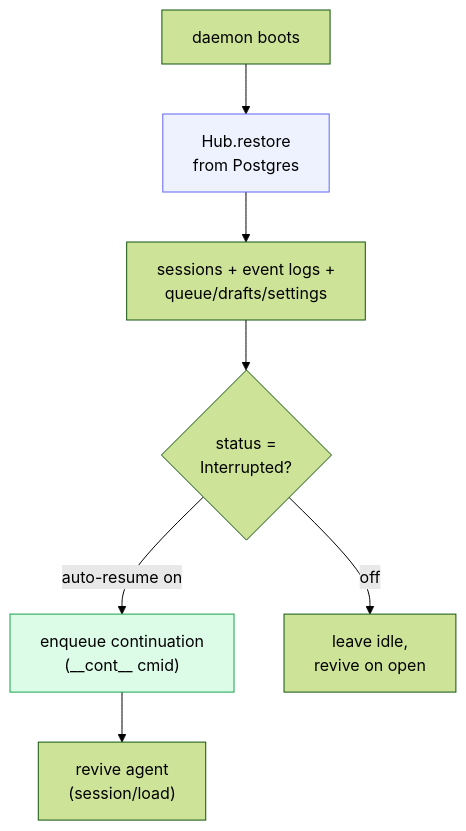
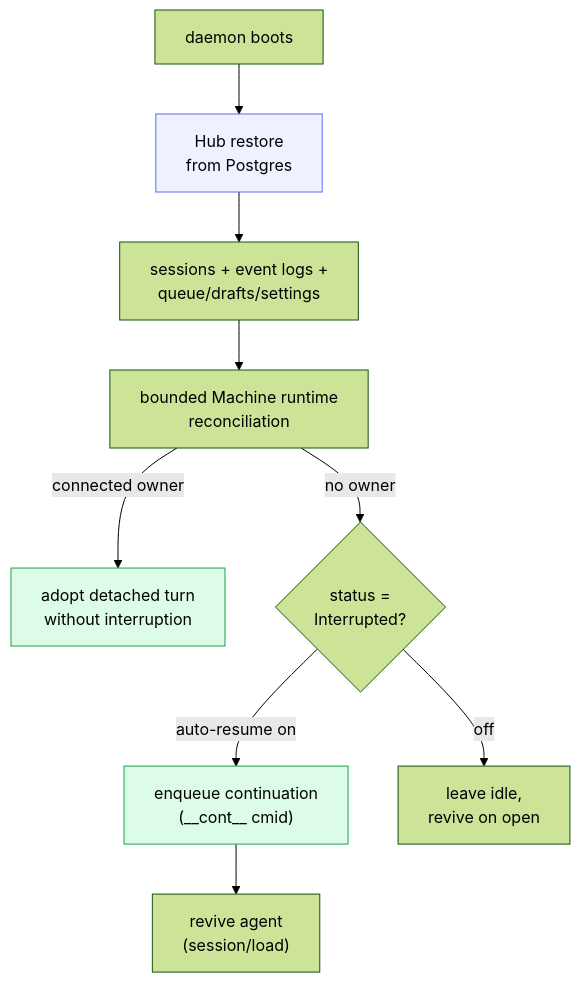
Before and after one commit to dravengarden/cowboy: the second of 2 diagrams in docs/architecture/03-supervisor.md, drawn with Mermaid (forest theme). The commit also changed 6 other files, not shown here.

````diff
--- a/docs/architecture/03-supervisor.md
+++ b/docs/architecture/03-supervisor.md
@@ -68,12 +68,15 @@
 ```mermaid
 flowchart TB
-    BOOT["daemon boots"] --> RESTORE["Hub.restore<br/>from Postgres"]
+    BOOT["daemon boots"] --> RESTORE["Hub restore<br/>from Postgres"]
     RESTORE --> META["sessions + event logs +<br/>queue/drafts/settings"]
-    META --> INT{"status =<br/>Interrupted?"}
+    META --> WAIT["bounded Machine runtime<br/>reconciliation"]
+    WAIT -->|"connected owner"| ADOPT["adopt detached turn<br/>without interruption"]
+    WAIT -->|"no owner"| INT{"status =<br/>Interrupted?"}
     INT -->|"auto-resume on"| ENQ["enqueue continuation<br/>(__cont__ cmid)"]
     INT -->|off| IDLE["leave idle,<br/>revive on open"]
     ENQ --> REV["revive agent<br/>(session/load)"]
 
     style RESTORE fill:#eef2ff,stroke:#6366f1
+    style ADOPT fill:#dcfce7,stroke:#16a34a
     style ENQ fill:#dcfce7,stroke:#16a34a
 ```
````
